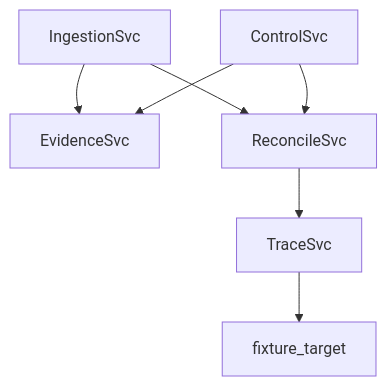
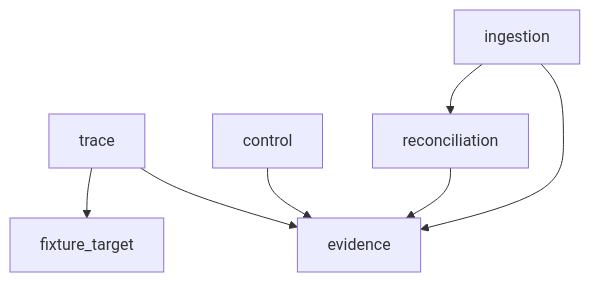
The diagram in sdlc/design/architecture.md (whatheheckisthis/bigip-icontrol-rce-research), drawn with Mermaid before and after one commit. The commit also changed other lines of this file and 139 other files, not shown here.

````diff
--- a/sdlc/design/architecture.md
+++ b/sdlc/design/architecture.md
@@ -3,9 +12,9 @@
 ```mermaid
 graph TD
-  IngestionSvc --> EvidenceSvc
-  ControlSvc --> EvidenceSvc
-  IngestionSvc --> ReconcileSvc
-  ControlSvc --> ReconcileSvc
-  ReconcileSvc --> TraceSvc
-  TraceSvc --> fixture_target
+  ingestion --> evidence
+  trace --> evidence
+  control --> evidence
+  ingestion --> reconciliation
+  reconciliation --> evidence
+  trace --> fixture_target
 ```
````
